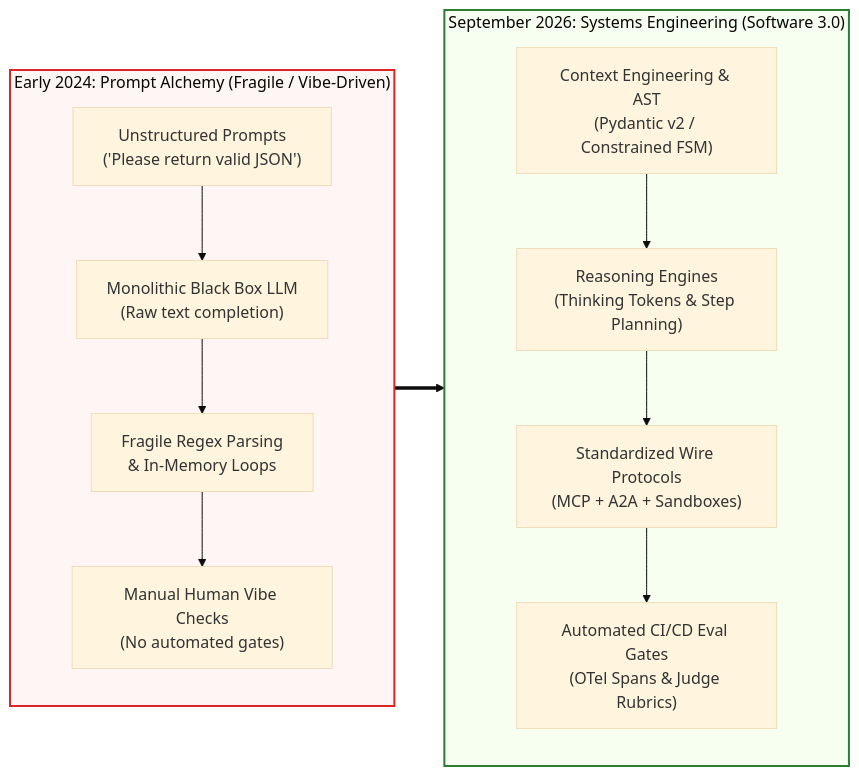
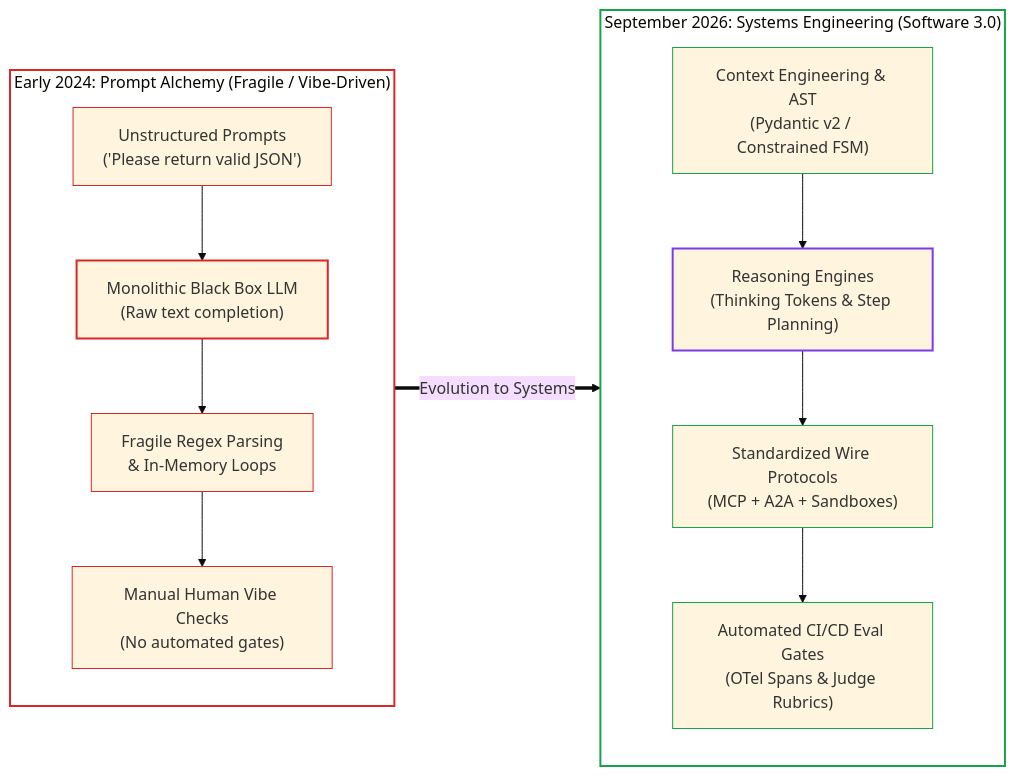
Before and after one commit to dip4k/senior-engineer-to-ai-engineer-roadmap: the first of 4 diagrams in README.md, drawn with Mermaid (base theme). The commit also changed other lines of this file and 15 other files, not shown here.

First line of the commit message:
feat(curriculum): theme-adaptive diagrams, low-node modular flows, and Phase 00 beginner-style refactor

````diff
--- a/README.md
+++ b/README.md
@@ -71,21 +71,31 @@
 ```mermaid
 flowchart LR
     subgraph Y2024["Early 2024: Prompt Alchemy (Fragile / Vibe-Driven)"]
         direction TB
         A1["Unstructured Prompts<br>('Please return valid JSON')"] --> B1["Monolithic Black Box LLM<br>(Raw text completion)"]
         B1 --> C1["Fragile Regex Parsing<br>& In-Memory Loops"]
         C1 --> D1["Manual Human Vibe Checks<br>(No automated gates)"]
     end
 
     subgraph Y2026["September 2026: Systems Engineering (Software 3.0)"]
         direction TB
         A2["Context Engineering & AST<br>(Pydantic v2 / Constrained FSM)"] --> B2["Reasoning Engines<br>(Thinking Tokens & Step Planning)"]
         B2 --> C2["Standardized Wire Protocols<br>(MCP + A2A + Sandboxes)"]
         C2 --> D2["Automated CI/CD Eval Gates<br>(OTel Spans & Judge Rubrics)"]
     end
 
-    Y2024 ==> Y2026
+    B1 ==>|Evolution to Systems| B2
 
-    style Y2024 fill:#fff5f5,stroke:#dc2626,stroke-width:2px
-    style Y2026 fill:#f6fff0,stroke:#2e7d32,stroke-width:2px
+    style Y2024 fill:none,stroke:#dc2626,stroke-width:2px
+    style Y2026 fill:none,stroke:#16a34a,stroke-width:2px
+
+    style A1 stroke:#dc2626,stroke-width:1px
+    style B1 stroke:#dc2626,stroke-width:2px
+    style C1 stroke:#dc2626,stroke-width:1px
+    style D1 stroke:#dc2626,stroke-width:1px
+
+    style A2 stroke:#16a34a,stroke-width:1px
+    style B2 stroke:#7c3aed,stroke-width:2px
+    style C2 stroke:#16a34a,stroke-width:1px
+    style D2 stroke:#16a34a,stroke-width:1px
 ```
````
